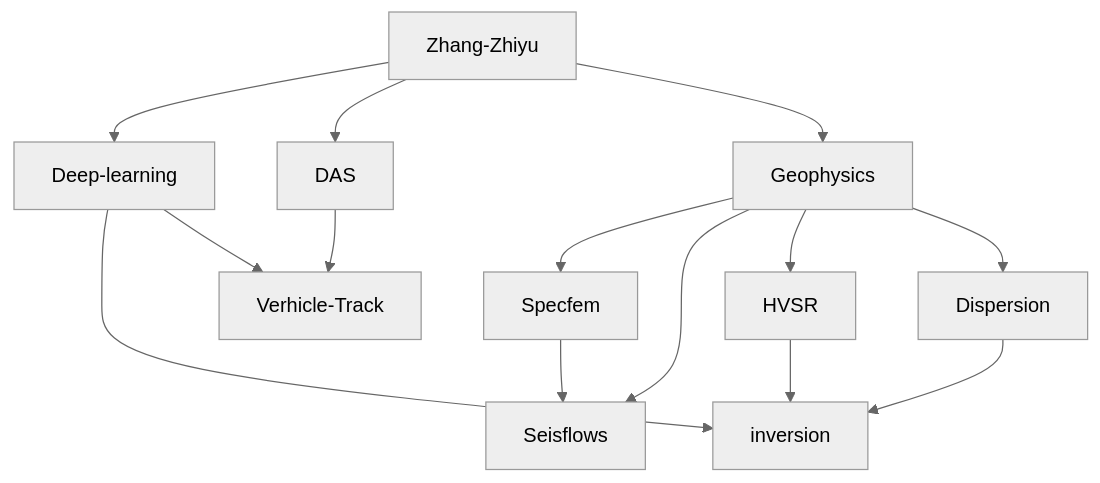
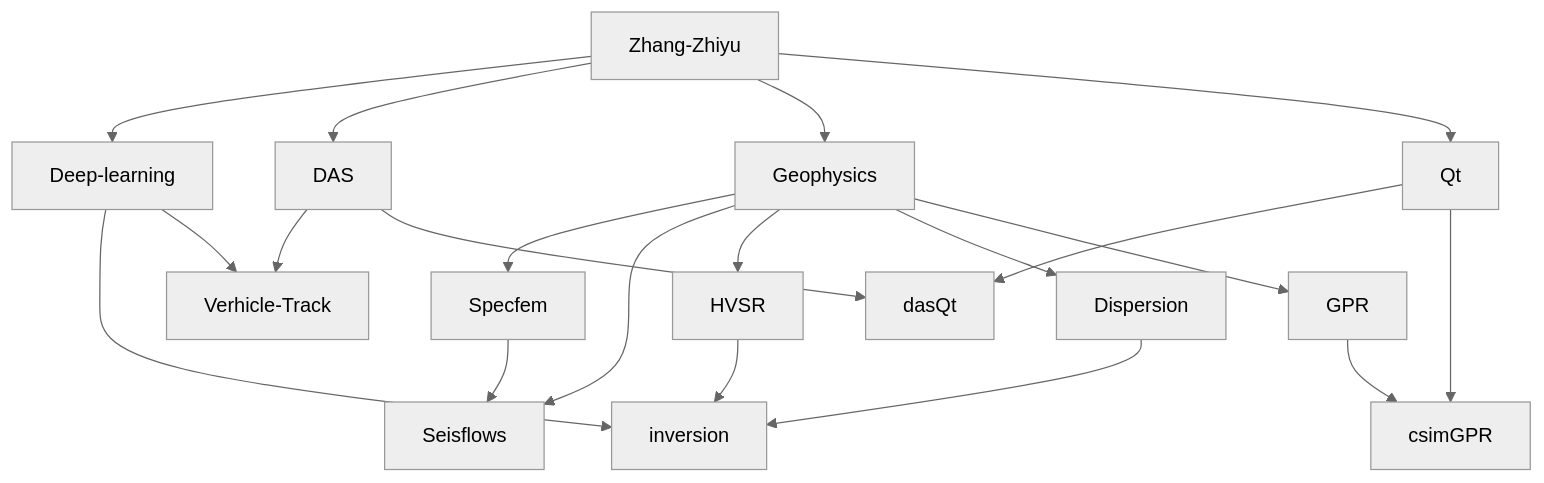
One commit to erbiaoger/erbiaoger changed the diagram in Readme.md. Above: the diagram before and after it, drawn with Mermaid (neutral theme).

Commit message:
🚶 add

````diff
--- a/Readme.md
+++ b/Readme.md
@@ -76,16 +76,23 @@
 ```mermaid
 graph TD;
     Zhang-Zhiyu-->Deep-learning;
     Zhang-Zhiyu-->DAS;
     Zhang-Zhiyu-->Geophysics;
+    Zhang-Zhiyu-->Qt;
     Geophysics-->Specfem;
     Geophysics-->Seisflows;
     Geophysics-->HVSR;
     Geophysics-->Dispersion;
+    Geophysics-->GPR;
     Deep-learning-->inversion;
     Deep-learning-->Verhicle-Track;
     DAS-->Verhicle-Track;
     HVSR-->inversion;
     Dispersion-->inversion;
     Specfem-->Seisflows;
+    Qt-->dasQt;
+    DAS-->dasQt;
+    GPR-->csimGPR;
+    Qt-->csimGPR;
+
    ```
````
